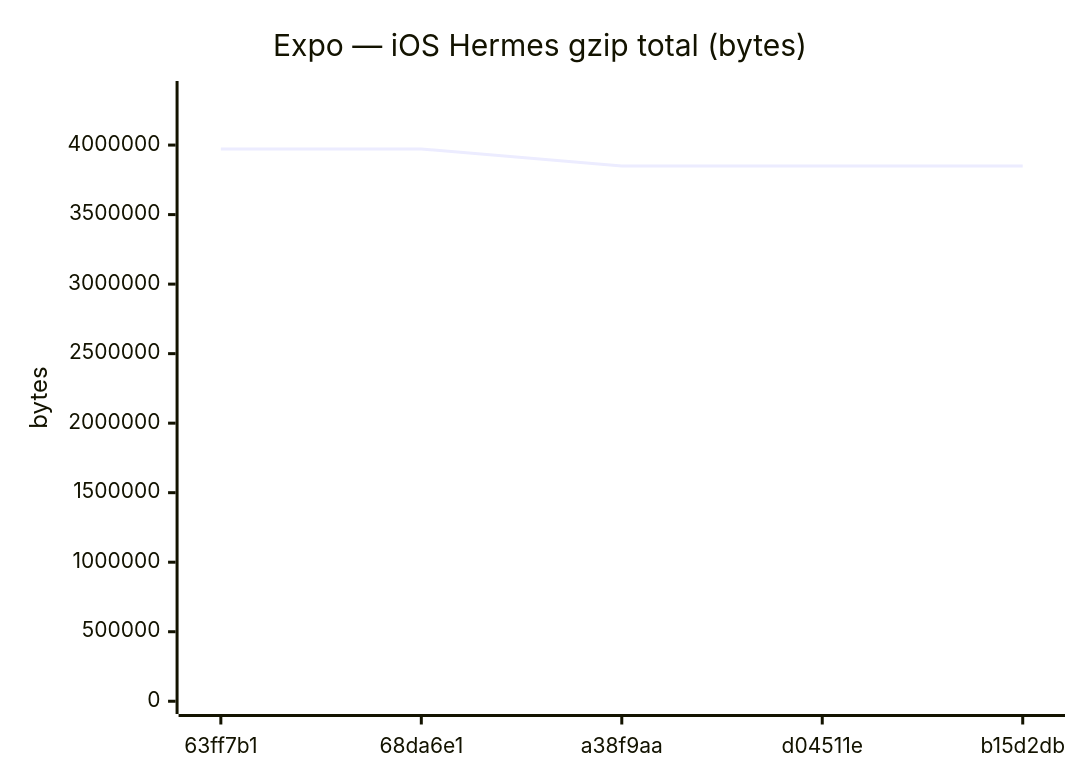
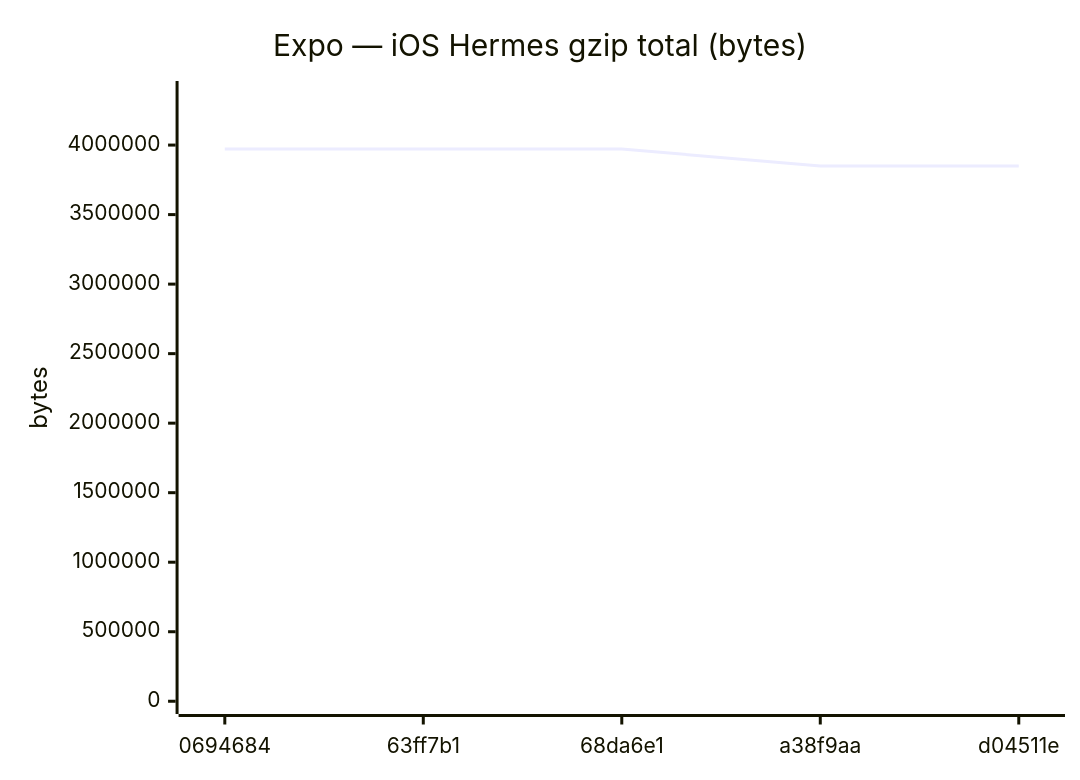
One commit to Metaheurist/Rianell changed diagram 12 of 18 in benchmarks/compare.md. Above: the diagram before and after it, drawn with Mermaid. The commit also changed other lines of this file and 11 other files, not shown here.

````diff
--- a/benchmarks/compare.md
+++ b/benchmarks/compare.md
@@ -179,7 +179,7 @@
 ```mermaid
 xychart-beta
     title "Expo — iOS Hermes gzip total (bytes)"
-    x-axis ["63ff7b1", "68da6e1", "a38f9aa", "d04511e", "b15d2db"]
+    x-axis ["0694684", "63ff7b1", "68da6e1", "a38f9aa", "d04511e"]
     y-axis "bytes" 0 --> 4369141
-    line [3971945, 3971946, 3849365, 3849367, 3849366]
+    line [3971946, 3971945, 3971946, 3849365, 3849367]
 ```
````
